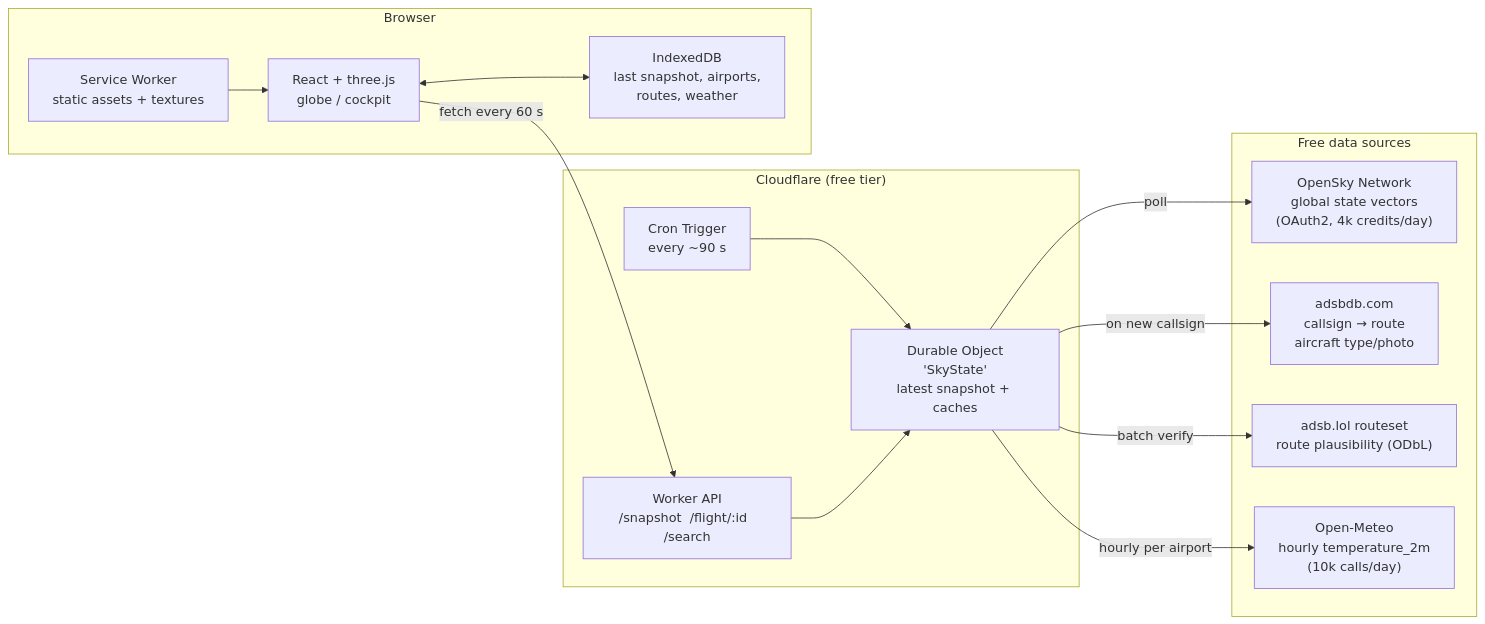
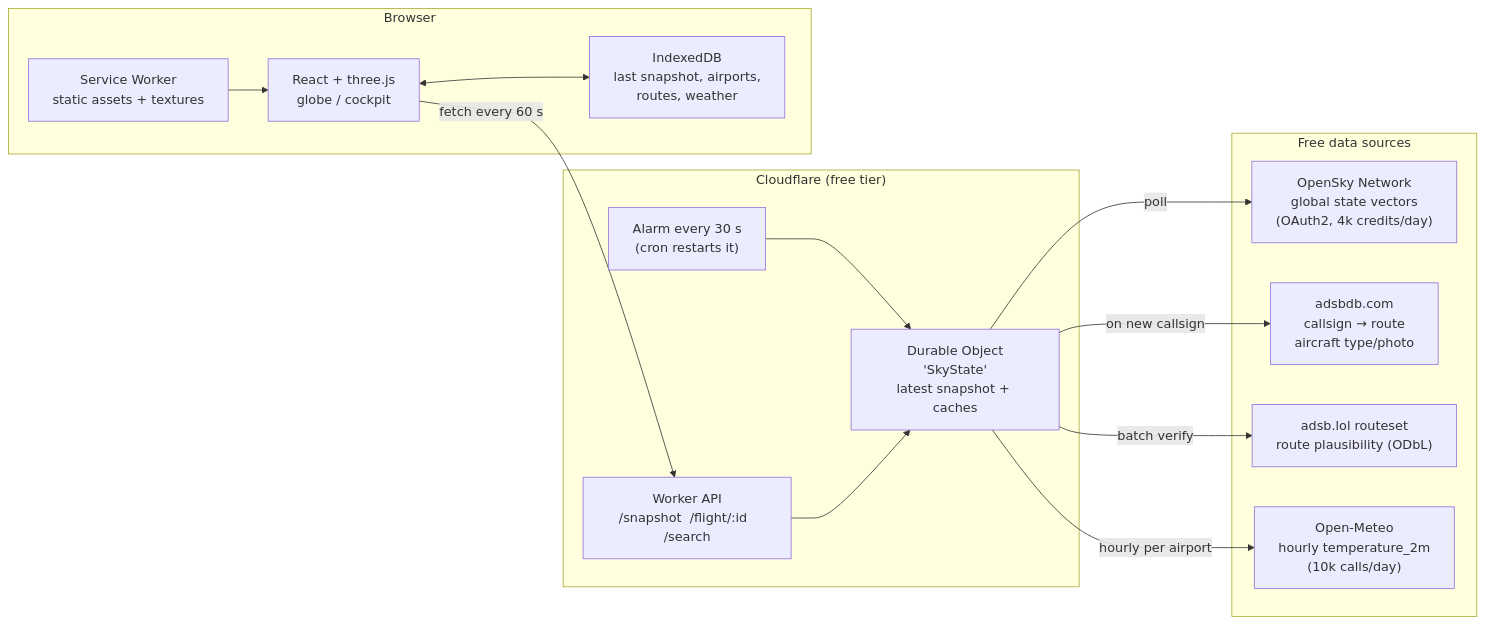
Before and after one commit to brandonIsTall/flightflux: the first of 5 diagrams in docs/PLAN.md, drawn with Mermaid. The commit also changed other lines of this file and 12 other files, not shown here.

````diff
--- a/docs/PLAN.md
+++ b/docs/PLAN.md
@@ -38,31 +38,31 @@
 ```mermaid
 flowchart LR
   subgraph Sources["Free data sources"]
     OS["OpenSky Network<br/>global state vectors<br/>(OAuth2, 4k credits/day)"]
     DB["adsbdb.com<br/>callsign → route<br/>aircraft type/photo"]
     LOL["adsb.lol routeset<br/>route plausibility (ODbL)"]
     OM["Open-Meteo<br/>hourly temperature_2m<br/>(10k calls/day)"]
   end
 
   subgraph Edge["Cloudflare (free tier)"]
-    CRON["Cron Trigger<br/>every ~90 s"]
+    CRON["Alarm every 30 s<br/>(cron restarts it)"]
     DO["Durable Object<br/>'SkyState'<br/>latest snapshot + caches"]
     API["Worker API<br/>/snapshot  /flight/:id  /search"]
   end
 
   subgraph Client["Browser"]
     SW["Service Worker<br/>static assets + textures"]
     IDB["IndexedDB<br/>last snapshot, airports,<br/>routes, weather"]
     APP["React + three.js<br/>globe / cockpit"]
   end
 
   CRON --> DO
   DO -- poll --> OS
   DO -- on new callsign --> DB
   DO -- batch verify --> LOL
   DO -- hourly per airport --> OM
   API --> DO
   APP -- fetch every 60 s --> API
   APP <--> IDB
   SW --> APP
 ```
````
